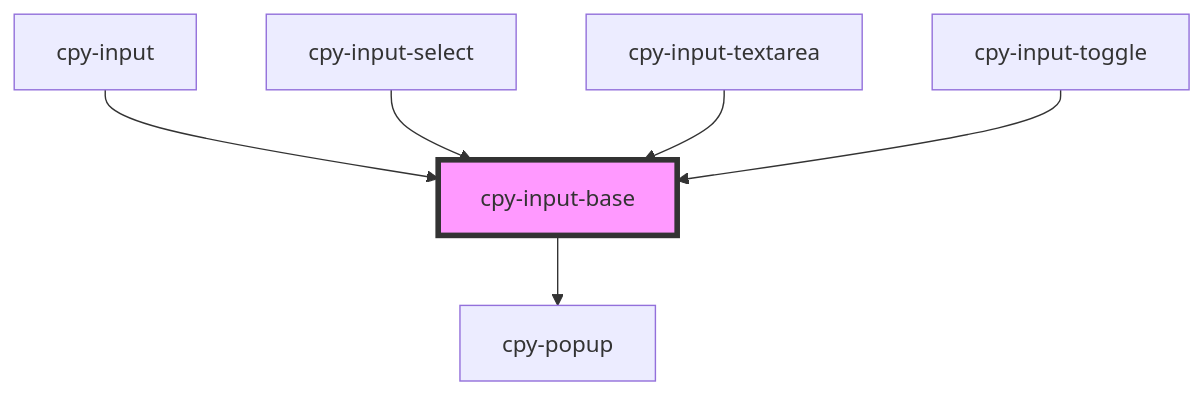
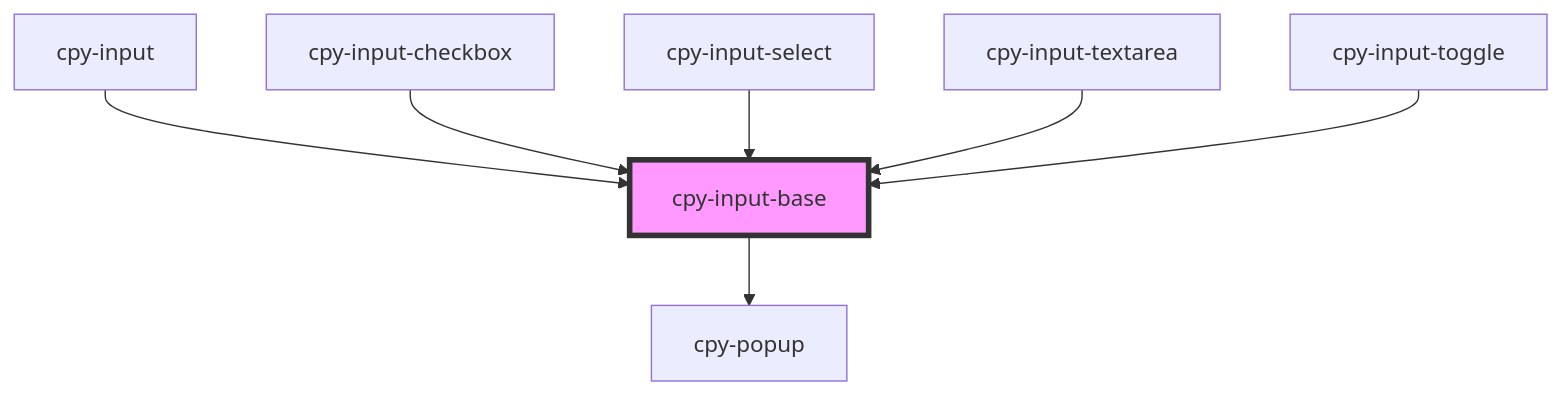
Before and after one commit to Lith1um/Canopy-Stencil: the diagram in stencil-lib/src/components/inputs/readme.md, drawn with Mermaid. The commit also changed other lines of this file and 8 other files, not shown here.

````diff
--- a/stencil-lib/src/components/inputs/readme.md
+++ b/stencil-lib/src/components/inputs/readme.md
@@ -57,9 +58,10 @@
 ```mermaid
 graph TD;
   cpy-input-base --> cpy-popup
   cpy-input --> cpy-input-base
+  cpy-input-checkbox --> cpy-input-base
   cpy-input-select --> cpy-input-base
   cpy-input-textarea --> cpy-input-base
   cpy-input-toggle --> cpy-input-base
   style cpy-input-base fill:#f9f,stroke:#333,stroke-width:4px
 ```
````
